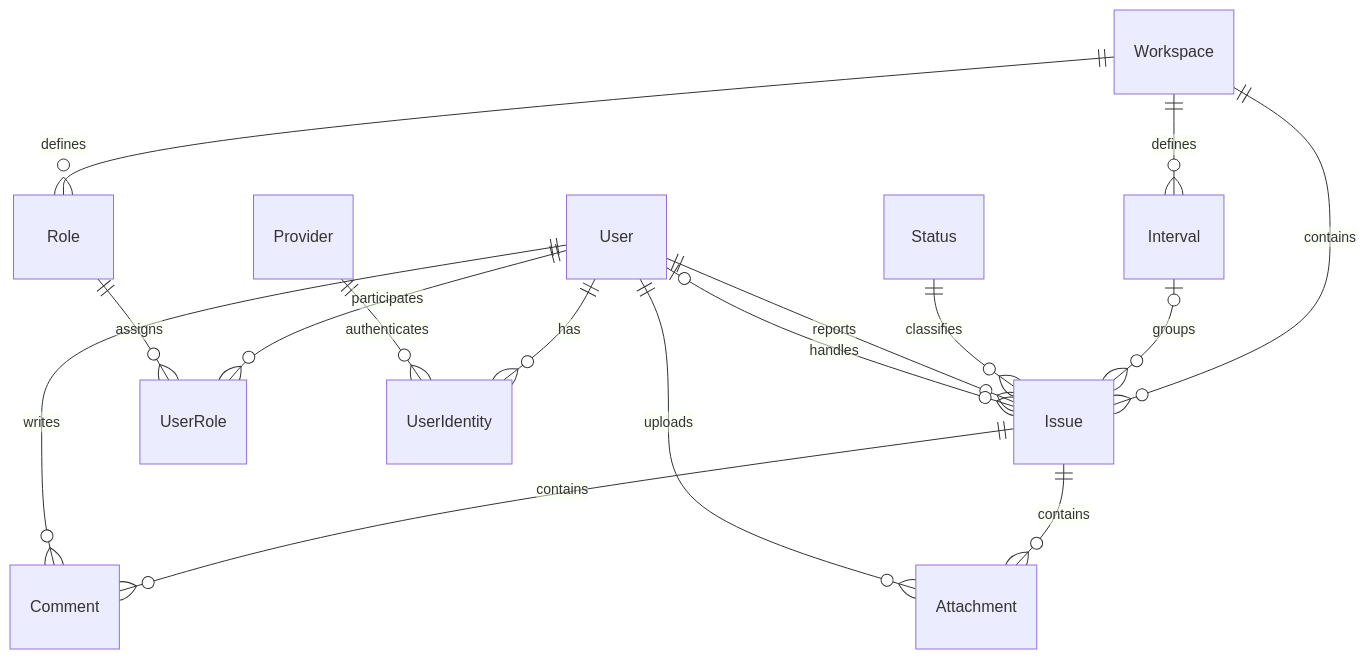
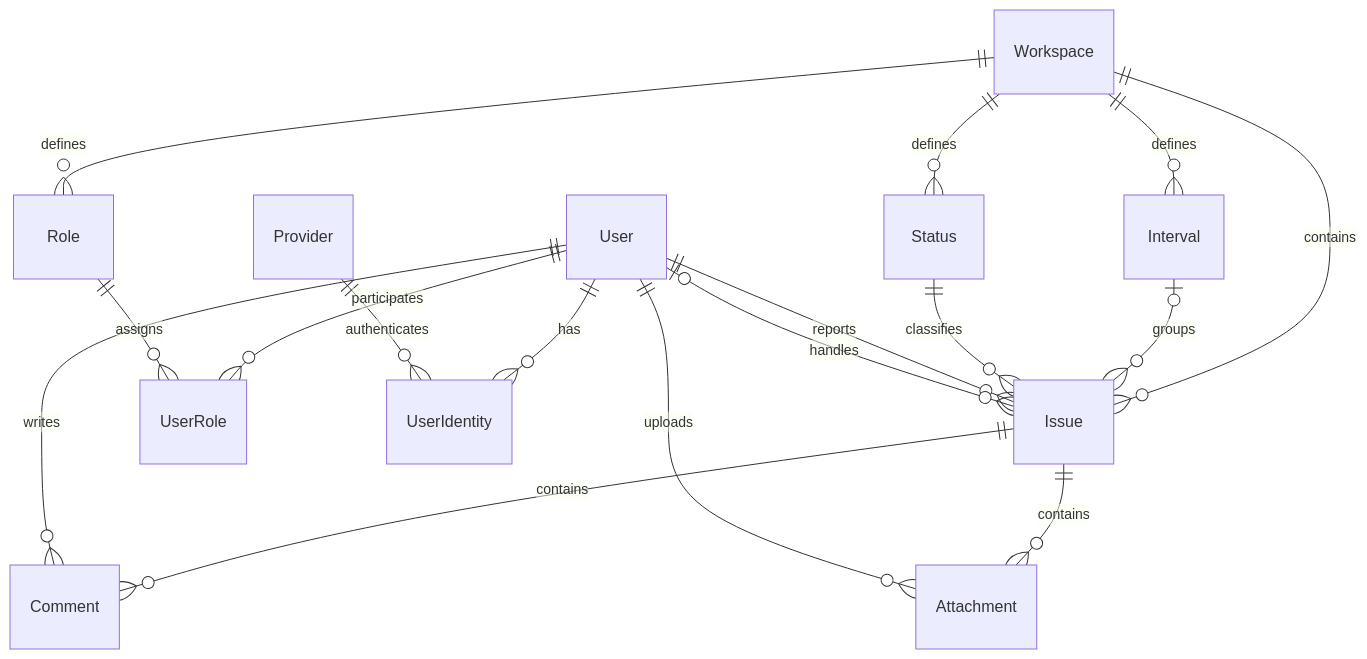
The diagram in src/content/docs/core/api/datadiagram.md (adelaine/9l-sre), drawn with Mermaid before and after one commit. The commit also changed other lines of this file and 9 other files, not shown here.

````diff
--- a/src/content/docs/core/api/datadiagram.md
+++ b/src/content/docs/core/api/datadiagram.md
@@ -32,18 +33,19 @@
 ```mermaid
 erDiagram
     Workspace ||--o{ Issue : contains
     Workspace ||--o{ Interval : defines
+    Workspace ||--o{ Status : defines
     Interval o|--o{ Issue : groups
     Status ||--o{ Issue : classifies
     User ||--o{ Issue : reports
     User o|--o{ Issue : handles
     Issue ||--o{ Comment : contains
     User ||--o{ Comment : writes
     Issue ||--o{ Attachment : contains
     User ||--o{ Attachment : uploads
     Workspace ||--o{ Role : defines
     User ||--o{ UserRole : participates
     Role ||--o{ UserRole : assigns
     User ||--o{ UserIdentity : has
     Provider ||--o{ UserIdentity : authenticates
 ```
````
